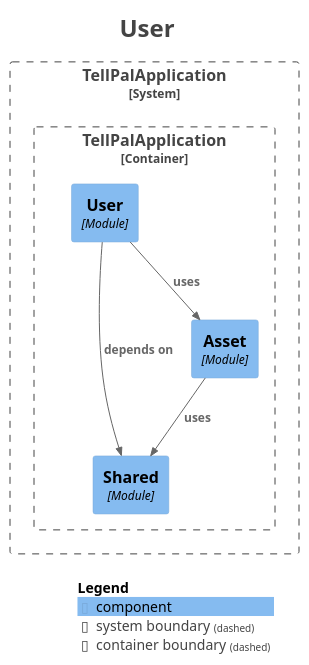
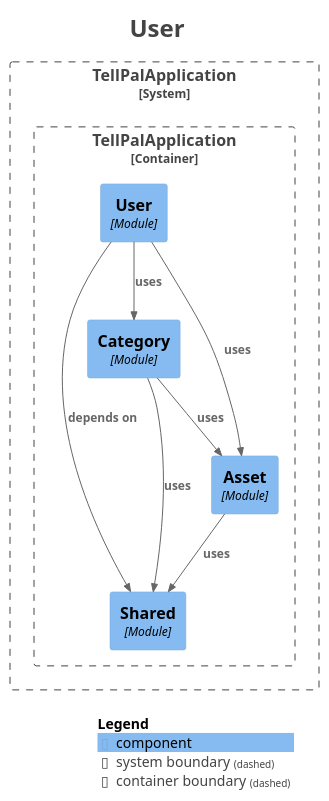
The diagram in be/docs/modulith/module-user.puml (gurhann/tellpalv2), drawn with PlantUML before and after one commit. The commit also changed 531 other files, not shown here.

```diff
--- a/be/docs/modulith/module-user.puml
+++ b/be/docs/modulith/module-user.puml
@@ -1,33 +1,37 @@
 @startuml
 title <size:24>User</size>
 
 set separator none
 top to bottom direction
 
 <style>
   root {
     BackgroundColor: #ffffff
     FontColor: #444444
   }
 </style>
 
 !include <C4/C4>
 !include <C4/C4_Context>
 !include <C4/C4_Component>
 
 System_Boundary("TellPalApplication_boundary", "TellPalApplication", $tags="") {
   Container_Boundary("TellPalApplication.TellPalApplication_boundary", "TellPalApplication", $tags="") {
     Component(TellPalApplication.TellPalApplication.Shared, "Shared", $techn="Module", $descr="", $tags="", $link="")
     Component(TellPalApplication.TellPalApplication.Asset, "Asset", $techn="Module", $descr="", $tags="", $link="")
+    Component(TellPalApplication.TellPalApplication.Category, "Category", $techn="Module", $descr="", $tags="", $link="")
     Component(TellPalApplication.TellPalApplication.User, "User", $techn="Module", $descr="", $tags="", $link="")
   }
 
 }
 
+Rel(TellPalApplication.TellPalApplication.Asset, TellPalApplication.TellPalApplication.Shared, "uses", $techn="", $tags="", $link="")
+Rel(TellPalApplication.TellPalApplication.Category, TellPalApplication.TellPalApplication.Asset, "uses", $techn="", $tags="", $link="")
+Rel(TellPalApplication.TellPalApplication.Category, TellPalApplication.TellPalApplication.Shared, "uses", $techn="", $tags="", $link="")
 Rel(TellPalApplication.TellPalApplication.User, TellPalApplication.TellPalApplication.Shared, "depends on", $techn="", $tags="", $link="")
+Rel(TellPalApplication.TellPalApplication.User, TellPalApplication.TellPalApplication.Category, "uses", $techn="", $tags="", $link="")
 Rel(TellPalApplication.TellPalApplication.User, TellPalApplication.TellPalApplication.Asset, "uses", $techn="", $tags="", $link="")
-Rel(TellPalApplication.TellPalApplication.Asset, TellPalApplication.TellPalApplication.Shared, "uses", $techn="", $tags="", $link="")
 
 SHOW_LEGEND(true)
 hide stereotypes
 @enduml
```
